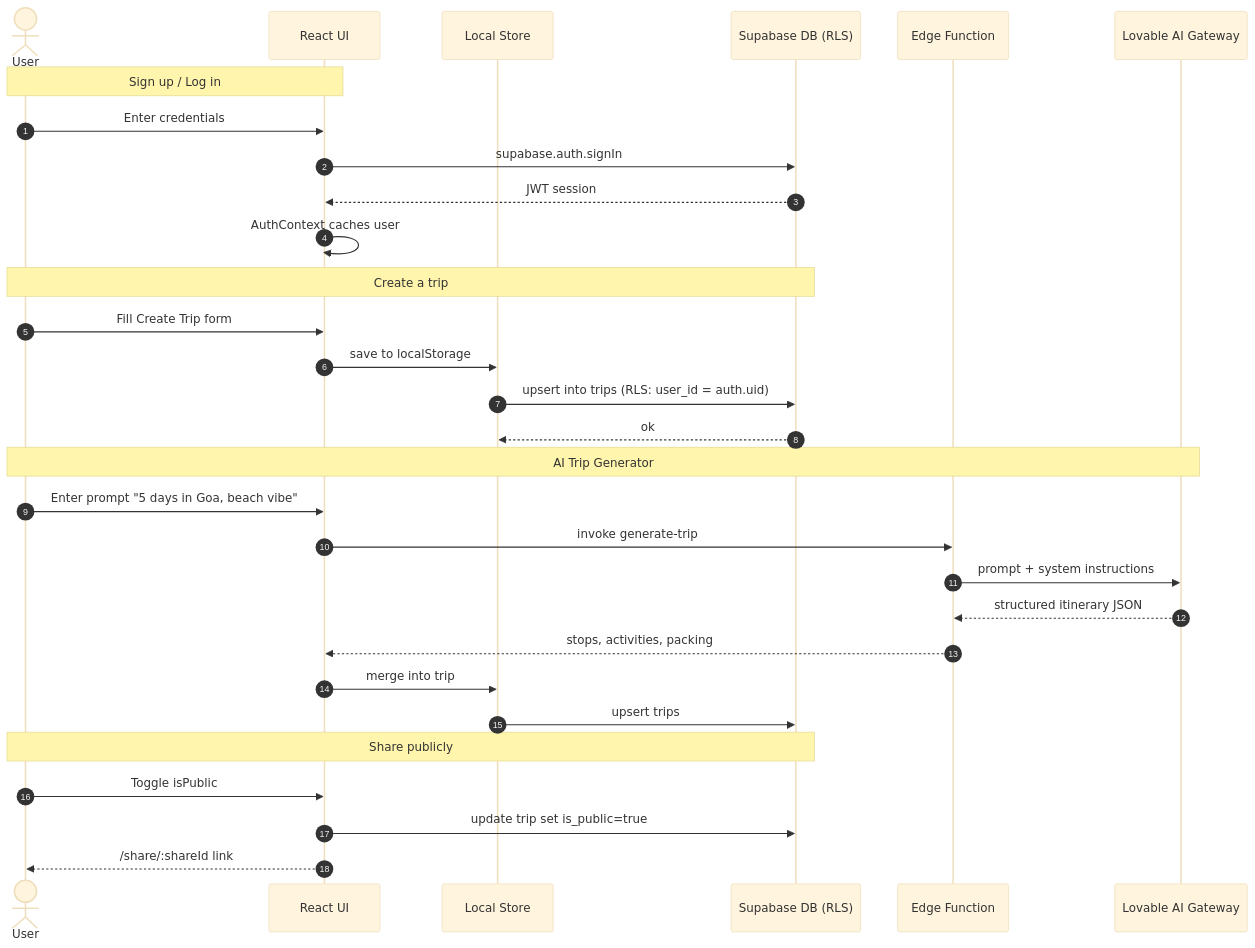
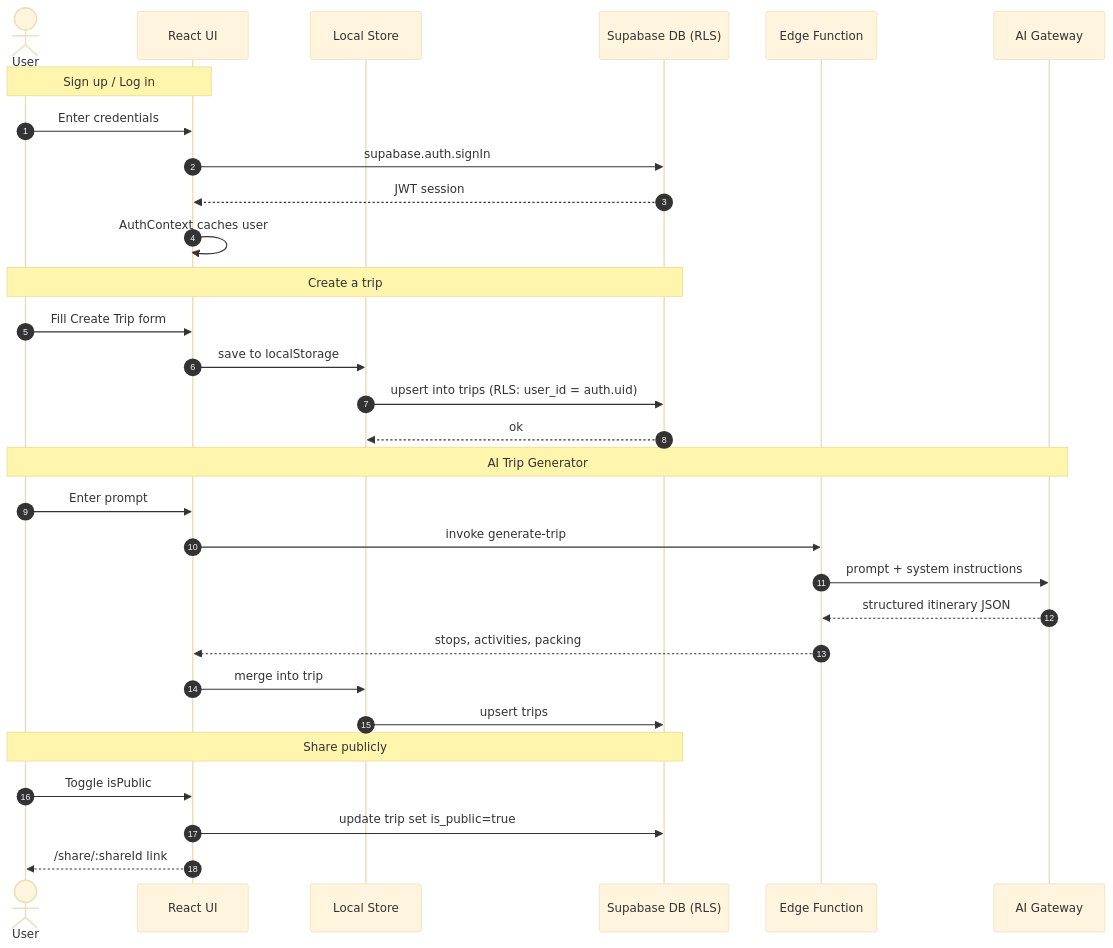
Before and after one commit to organicsmm/odddohackathon: the diagram in docs/data-flow.mmd, drawn with Mermaid (base theme). The commit also changed 2 other files, not shown here.

```diff
--- a/docs/data-flow.mmd
+++ b/docs/data-flow.mmd
@@ -1,34 +1,34 @@
 sequenceDiagram
     autonumber
     actor U as User
     participant UI as React UI
     participant Store as Local Store
     participant DB as Supabase DB (RLS)
     participant Edge as Edge Function
-    participant AI as Lovable AI Gateway
+    participant AI as AI Gateway
 
     Note over U,UI: Sign up / Log in
     U->>UI: Enter credentials
     UI->>DB: supabase.auth.signIn
     DB-->>UI: JWT session
     UI->>UI: AuthContext caches user
 
     Note over U,DB: Create a trip
     U->>UI: Fill Create Trip form
     UI->>Store: save to localStorage
     Store->>DB: upsert into trips (RLS: user_id = auth.uid)
     DB-->>Store: ok
 
     Note over U,AI: AI Trip Generator
-    U->>UI: Enter prompt "5 days in Goa, beach vibe"
+    U->>UI: Enter prompt
     UI->>Edge: invoke generate-trip
     Edge->>AI: prompt + system instructions
     AI-->>Edge: structured itinerary JSON
     Edge-->>UI: stops, activities, packing
     UI->>Store: merge into trip
     Store->>DB: upsert trips
 
     Note over U,DB: Share publicly
     U->>UI: Toggle isPublic
     UI->>DB: update trip set is_public=true
     UI-->>U: /share/:shareId link
```
